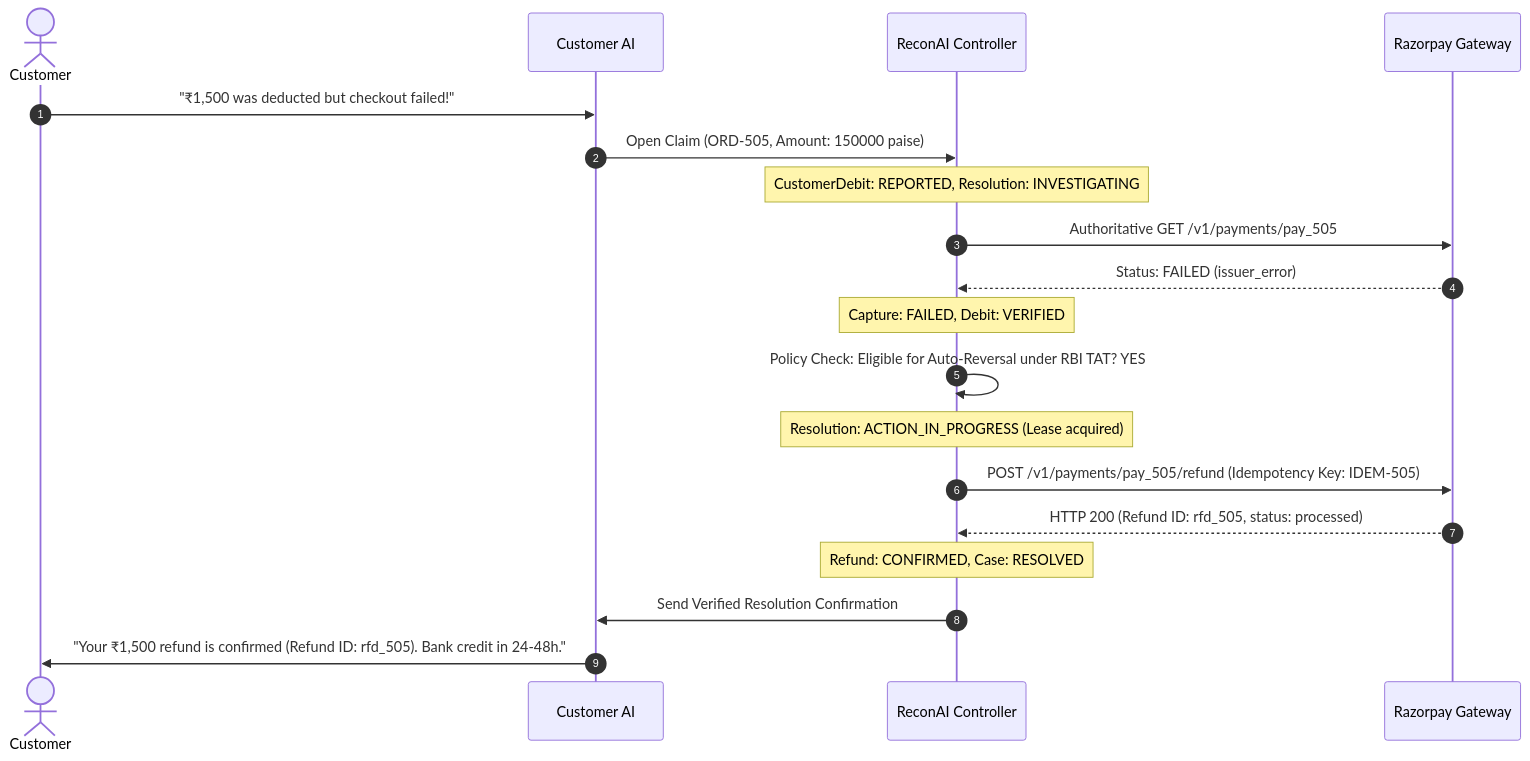
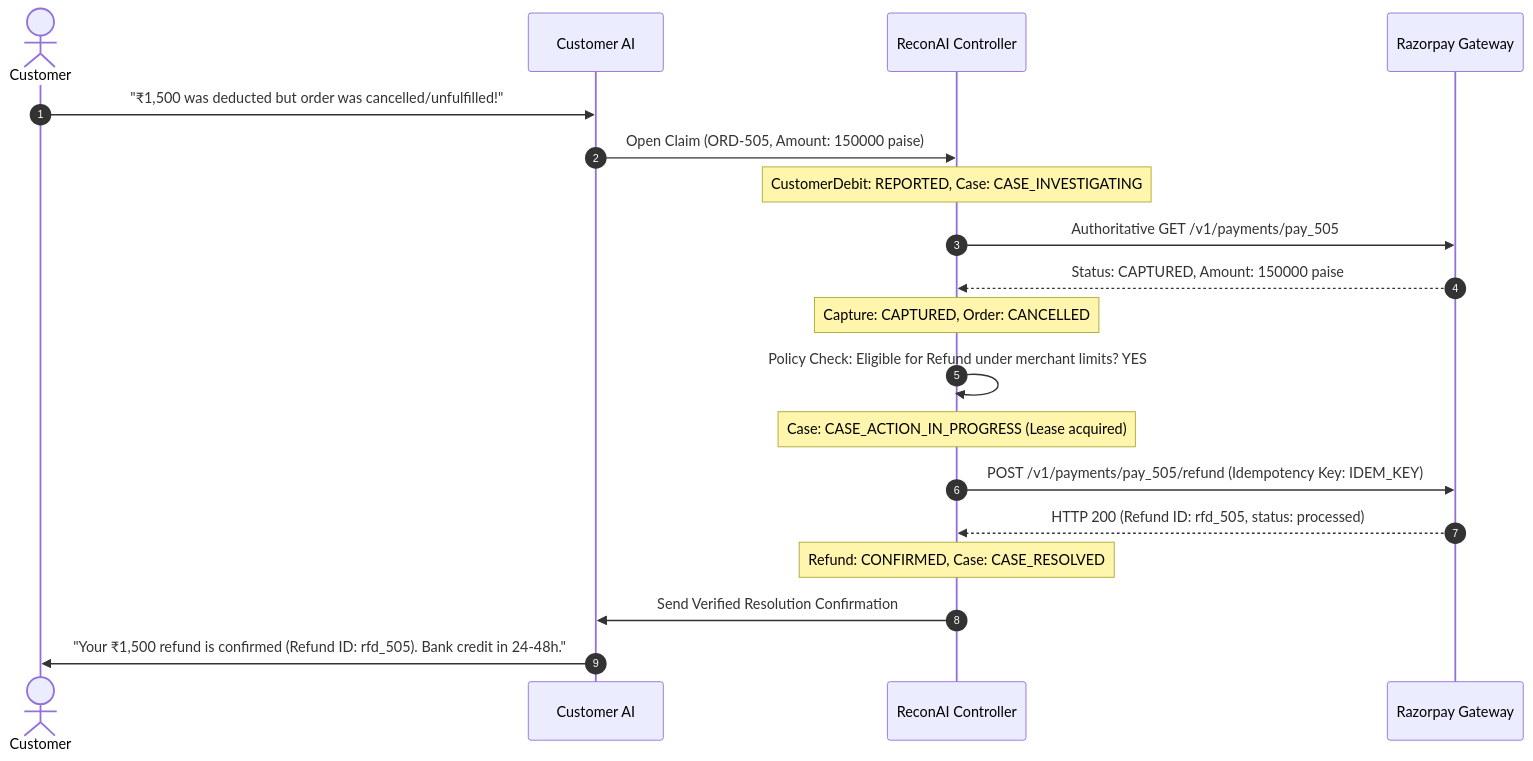
One commit to Pranjal-k22/ReconAI changed the second of 4 diagrams in docs/reconai-2/PAYMENT_STATE_MACHINE.md. Above: the diagram before and after it, drawn with Mermaid. The commit also changed other lines of this file and 26 other files, not shown here.

````diff
--- a/docs/reconai-2/PAYMENT_STATE_MACHINE.md
+++ b/docs/reconai-2/PAYMENT_STATE_MACHINE.md
@@ -137,22 +139,22 @@
 ```mermaid
 sequenceDiagram
     autonumber
     actor Customer
     participant CustomerAI as Customer AI
     participant ReconAI as ReconAI Controller
     participant Gateway as Razorpay Gateway
 
-    Customer->>CustomerAI: "₹1,500 was deducted but checkout failed!"
+    Customer->>CustomerAI: "₹1,500 was deducted but order was cancelled/unfulfilled!"
     CustomerAI->>ReconAI: Open Claim (ORD-505, Amount: 150000 paise)
-    Note over ReconAI: CustomerDebit: REPORTED, Resolution: INVESTIGATING
+    Note over ReconAI: CustomerDebit: REPORTED, Case: CASE_INVESTIGATING
     ReconAI->>Gateway: Authoritative GET /v1/payments/pay_505
-    Gateway-->>ReconAI: Status: FAILED (issuer_error)
-    Note over ReconAI: Capture: FAILED, Debit: VERIFIED
-    ReconAI->>ReconAI: Policy Check: Eligible for Auto-Reversal under RBI TAT? YES
-    Note over ReconAI: Resolution: ACTION_IN_PROGRESS (Lease acquired)
-    ReconAI->>Gateway: POST /v1/payments/pay_505/refund (Idempotency Key: IDEM-505)
+    Gateway-->>ReconAI: Status: CAPTURED, Amount: 150000 paise
+    Note over ReconAI: Capture: CAPTURED, Order: CANCELLED
+    ReconAI->>ReconAI: Policy Check: Eligible for Refund under merchant limits? YES
+    Note over ReconAI: Case: CASE_ACTION_IN_PROGRESS (Lease acquired)
+    ReconAI->>Gateway: POST /v1/payments/pay_505/refund (Idempotency Key: IDEM_KEY)
     Gateway-->>ReconAI: HTTP 200 (Refund ID: rfd_505, status: processed)
-    Note over ReconAI: Refund: CONFIRMED, Case: RESOLVED
+    Note over ReconAI: Refund: CONFIRMED, Case: CASE_RESOLVED
     ReconAI->>CustomerAI: Send Verified Resolution Confirmation
     CustomerAI->>Customer: "Your ₹1,500 refund is confirmed (Refund ID: rfd_505). Bank credit in 24-48h."
 ```
````
